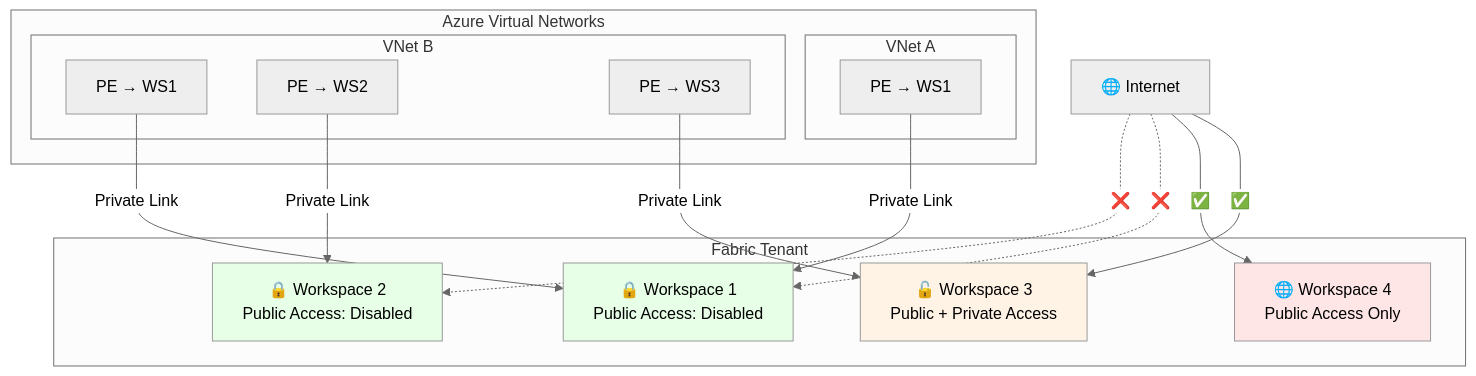
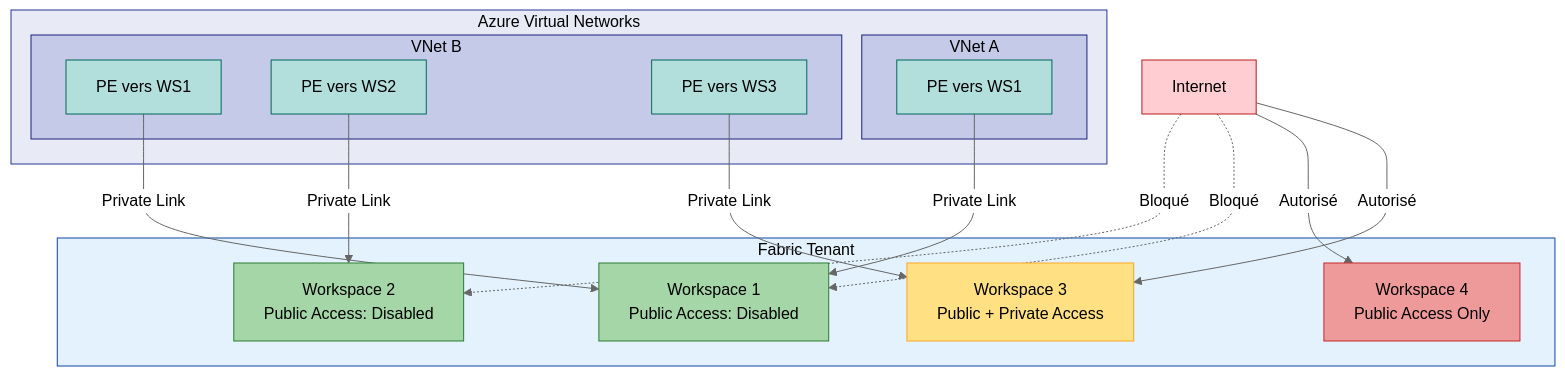
Before and after one commit to fredgis/fabric-foundry-kb: the fifth of 12 diagrams in Fabric_Network_Security.md, drawn with Mermaid (neutral theme). The commit also changed other lines of this file and 1 other file, not shown here.

First line of the commit message:
Add colors to all 12 Mermaid diagrams in Fabric Network Security

````diff
--- a/Fabric_Network_Security.md
+++ b/Fabric_Network_Security.md
@@ -209,36 +258,45 @@
 ```mermaid
 flowchart TB
     subgraph VNets["Azure Virtual Networks"]
         subgraph VNetA["VNet A"]
-            PEA1["PE → WS1"]
+            PEA1["PE vers WS1"]
         end
         subgraph VNetB["VNet B"]
-            PEB1["PE → WS1"]
-            PEB2["PE → WS2"]
-            PEB3["PE → WS3"]
+            PEB1["PE vers WS1"]
+            PEB2["PE vers WS2"]
+            PEB3["PE vers WS3"]
         end
     end
 
     subgraph Fabric["Fabric Tenant"]
-        WS1["🔒 Workspace 1\nPublic Access: Disabled"]
-        WS2["🔒 Workspace 2\nPublic Access: Disabled"]
-        WS3["🔓 Workspace 3\nPublic + Private Access"]
-        WS4["🌐 Workspace 4\nPublic Access Only"]
+        WS1["Workspace 1\nPublic Access: Disabled"]
+        WS2["Workspace 2\nPublic Access: Disabled"]
+        WS3["Workspace 3\nPublic + Private Access"]
+        WS4["Workspace 4\nPublic Access Only"]
     end
 
-    Internet["🌐 Internet"]
+    Internet["Internet"]
 
     PEA1 -->|Private Link| WS1
     PEB1 -->|Private Link| WS1
     PEB2 -->|Private Link| WS2
     PEB3 -->|Private Link| WS3
-    Internet -->|✅| WS3
-    Internet -->|✅| WS4
-    Internet -.->|❌| WS1
-    Internet -.->|❌| WS2
+    Internet -->|Autorisé| WS3
+    Internet -->|Autorisé| WS4
+    Internet -.->|Bloqué| WS1
+    Internet -.->|Bloqué| WS2
 
-    style WS1 fill:#e6ffe6
-    style WS2 fill:#e6ffe6
-    style WS3 fill:#fff3e6
-    style WS4 fill:#ffe6e6
+    style VNets fill:#e8eaf6,stroke:#283593,color:#000
+    style VNetA fill:#c5cae9,stroke:#1a237e,color:#000
+    style VNetB fill:#c5cae9,stroke:#1a237e,color:#000
+    style Fabric fill:#e3f2fd,stroke:#0d47a1,color:#000
+    style WS1 fill:#a5d6a7,stroke:#2e7d32,color:#000
+    style WS2 fill:#a5d6a7,stroke:#2e7d32,color:#000
+    style WS3 fill:#ffe082,stroke:#f9a825,color:#000
+    style WS4 fill:#ef9a9a,stroke:#c62828,color:#000
+    style Internet fill:#ffcdd2,stroke:#b71c1c,color:#000
+    style PEA1 fill:#b2dfdb,stroke:#00695c,color:#000
+    style PEB1 fill:#b2dfdb,stroke:#00695c,color:#000
+    style PEB2 fill:#b2dfdb,stroke:#00695c,color:#000
+    style PEB3 fill:#b2dfdb,stroke:#00695c,color:#000
 ```
````
